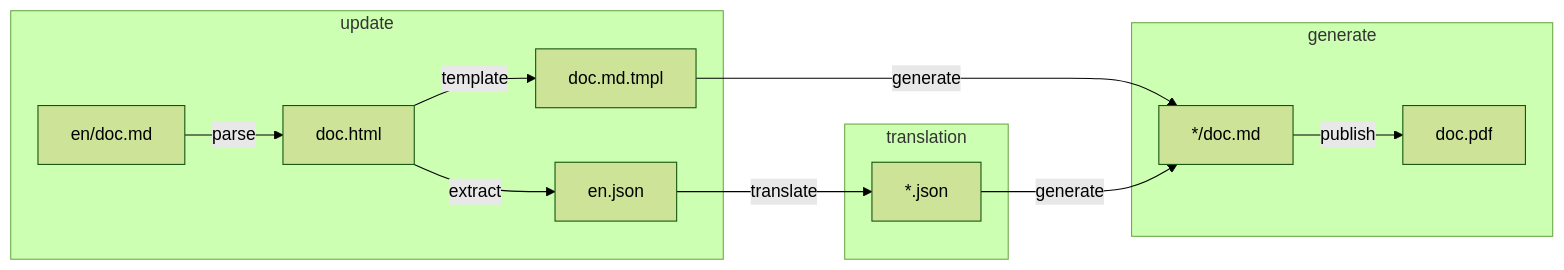
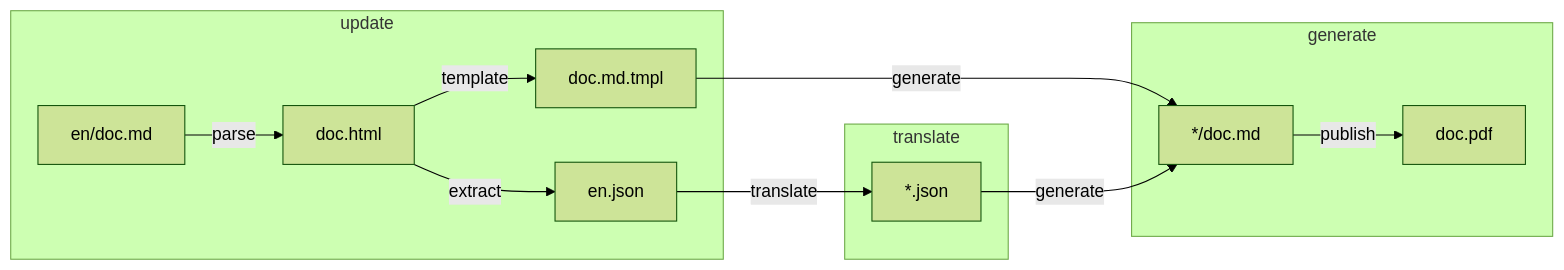
One commit to getlantern/illuminated changed the diagram in README.md. Above: the diagram before and after it, drawn with Mermaid (forest theme). The commit also changed other lines of this file and 18 other files, not shown here.

````diff
--- a/README.md
+++ b/README.md
@@ -18,17 +18,17 @@
 ```mermaid
 flowchart LR
   subgraph update
     en/doc.md --> |parse| doc.html 
     doc.html --> |extract| en.json
     doc.html --> |template| doc.md.tmpl 
   end
-  subgraph translation
+  subgraph translate
     *.json
   end
   subgraph generate
     en.json --> |translate| *.json
     doc.md.tmpl --> |generate| */doc.md
     *.json --> |generate| */doc.md
     */doc.md --> |publish| doc.pdf
   end
 ```
````
